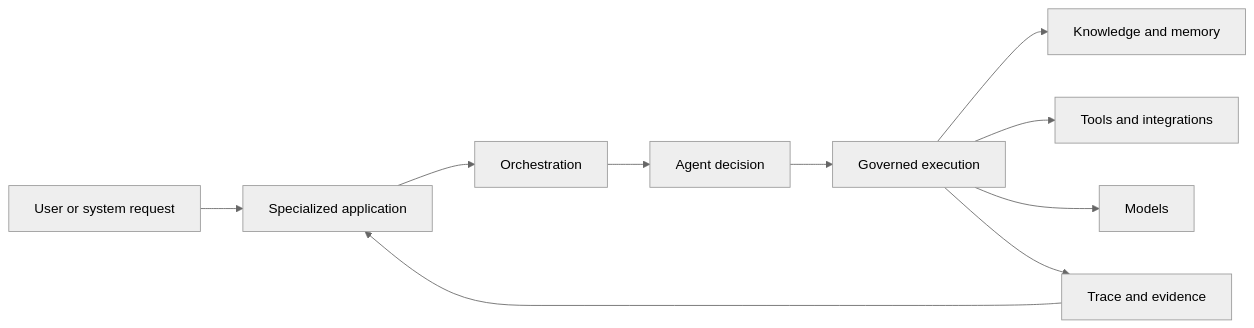
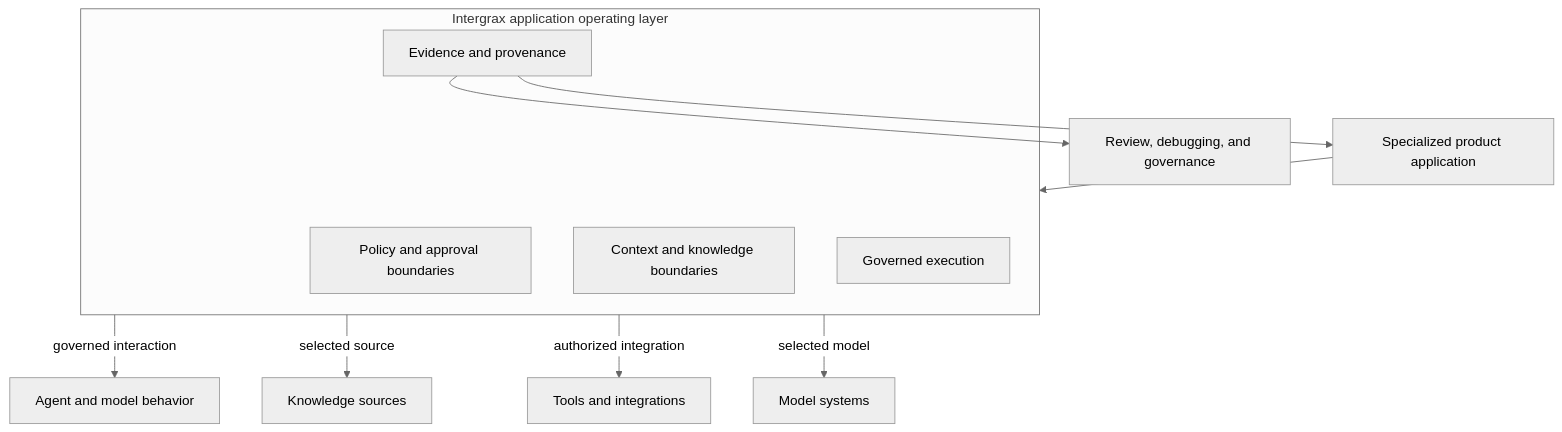
One commit to jakbuczarnecki/intergrax changed the first of 2 diagrams in docs/project/architecture/ARCHITECTURE_OVERVIEW.md. Above: the diagram before and after it, drawn with Mermaid (neutral theme). The commit also changed other lines of this file and 1 other file, not shown here.

Commit message:
docs: clarify Intergrax architecture overview

````diff
--- a/docs/project/architecture/ARCHITECTURE_OVERVIEW.md
+++ b/docs/project/architecture/ARCHITECTURE_OVERVIEW.md
@@ -61,12 +30,25 @@
 ```mermaid
-flowchart LR
-    U[User or system request] --> APP[Specialized application]
-    APP --> O[Orchestration]
-    O --> A[Agent decision]
-    A --> H[Governed execution]
-    H --> K[Knowledge and memory]
-    H --> T[Tools and integrations]
-    H --> M[Models]
-    H --> E[Trace and evidence]
-    E --> APP
+flowchart TB
+    APP[Specialized product application]
+
+    subgraph IX[Intergrax application operating layer]
+        POLICY[Policy and approval boundaries]
+        CONTEXT[Context and knowledge boundaries]
+        EXEC[Governed execution]
+        EVIDENCE[Evidence and provenance]
+    end
+
+    AGENT[Agent and model behavior]
+    KNOWLEDGE[Knowledge sources]
+    TOOLS[Tools and integrations]
+    MODELS[Model systems]
+    REVIEW[Review, debugging, and governance]
+
+    APP --> IX
+    IX -->|governed interaction| AGENT
+    IX -->|selected source| KNOWLEDGE
+    IX -->|authorized integration| TOOLS
+    IX -->|selected model| MODELS
+    EVIDENCE --> APP
+    EVIDENCE --> REVIEW
 ```
````
